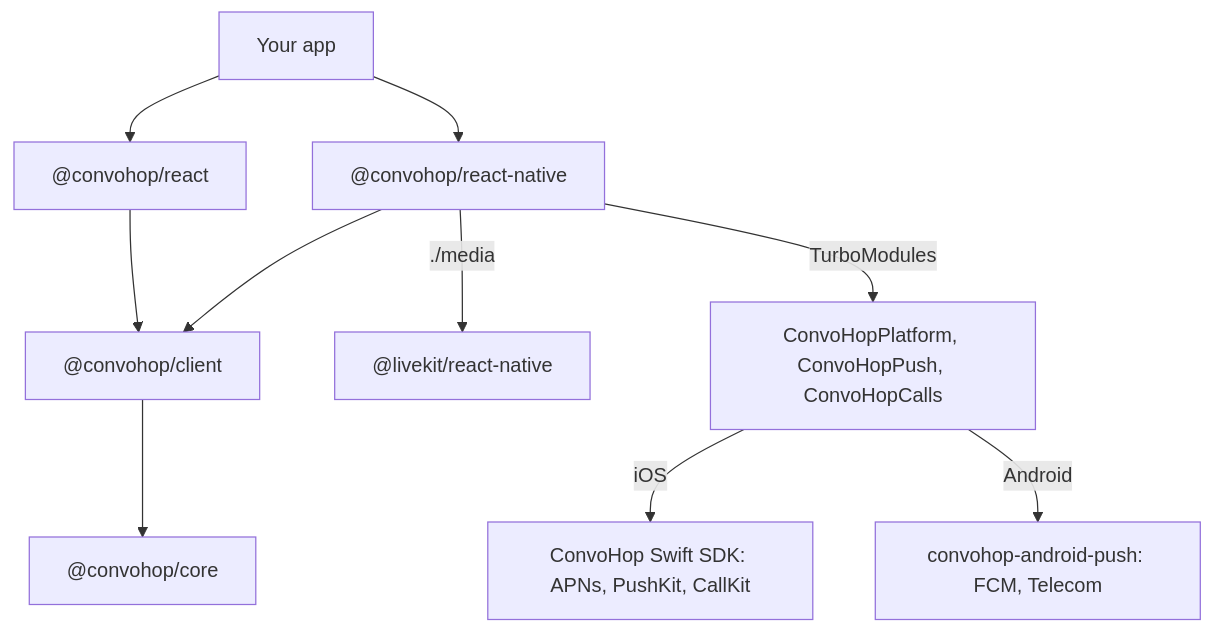
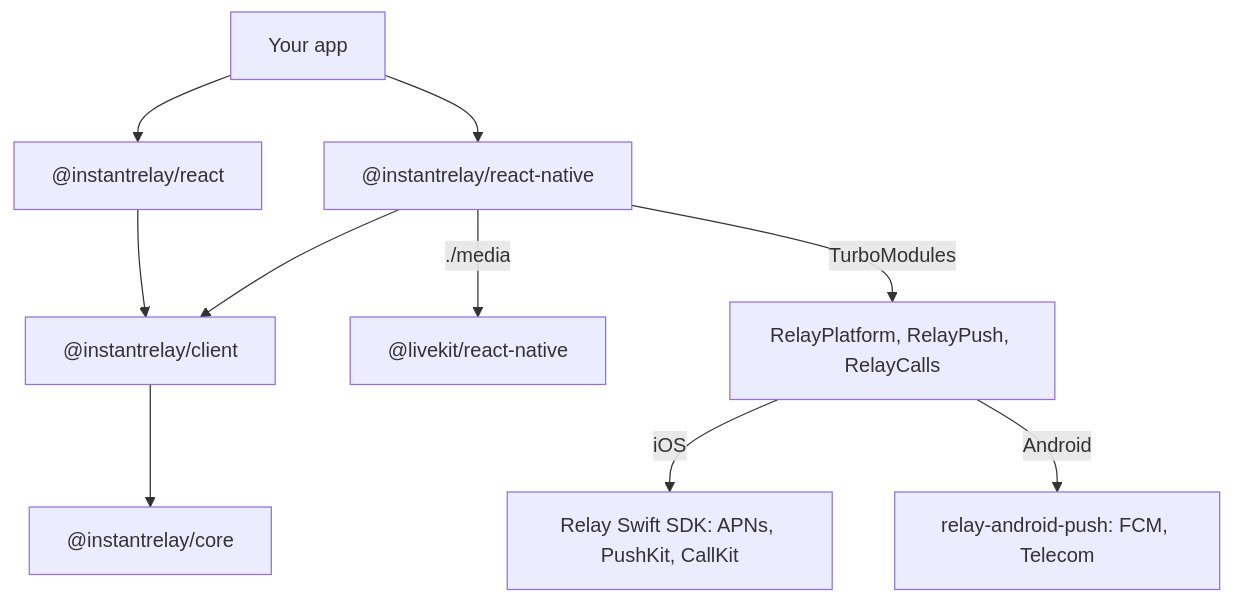
Before and after one commit to ConvoHop/sdks: the diagram in docs/react-native.md, drawn with Mermaid. The commit also changed other lines of this file and 2264 other files, not shown here.

````diff
--- a/docs/react-native.md
+++ b/docs/react-native.md
@@ -57,12 +57,12 @@
 ```mermaid
 flowchart TB
-  App["Your app"] --> Hooks["@convohop/react"]
-  App --> RN["@convohop/react-native"]
-  Hooks --> Client["@convohop/client"]
+  App["Your app"] --> Hooks["@instantrelay/react"]
+  App --> RN["@instantrelay/react-native"]
+  Hooks --> Client["@instantrelay/client"]
   RN --> Client
-  Client --> Core["@convohop/core"]
+  Client --> Core["@instantrelay/core"]
   RN -- "./media" --> LiveKit["@livekit/react-native"]
-  RN -- "TurboModules" --> Modules["ConvoHopPlatform, ConvoHopPush, ConvoHopCalls"]
-  Modules -- "iOS" --> Swift["ConvoHop Swift SDK: APNs, PushKit, CallKit"]
-  Modules -- "Android" --> Kotlin["convohop-android-push: FCM, Telecom"]
+  RN -- "TurboModules" --> Modules["RelayPlatform, RelayPush, RelayCalls"]
+  Modules -- "iOS" --> Swift["Relay Swift SDK: APNs, PushKit, CallKit"]
+  Modules -- "Android" --> Kotlin["relay-android-push: FCM, Telecom"]
 ```
````
